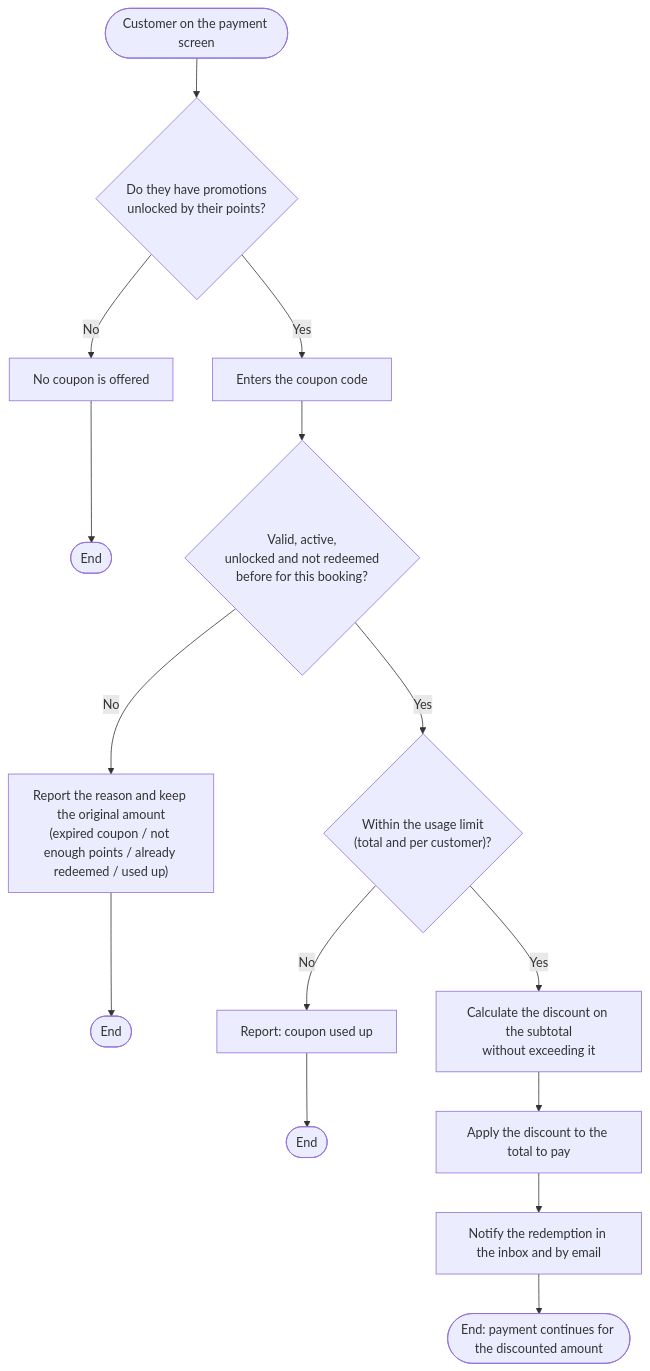
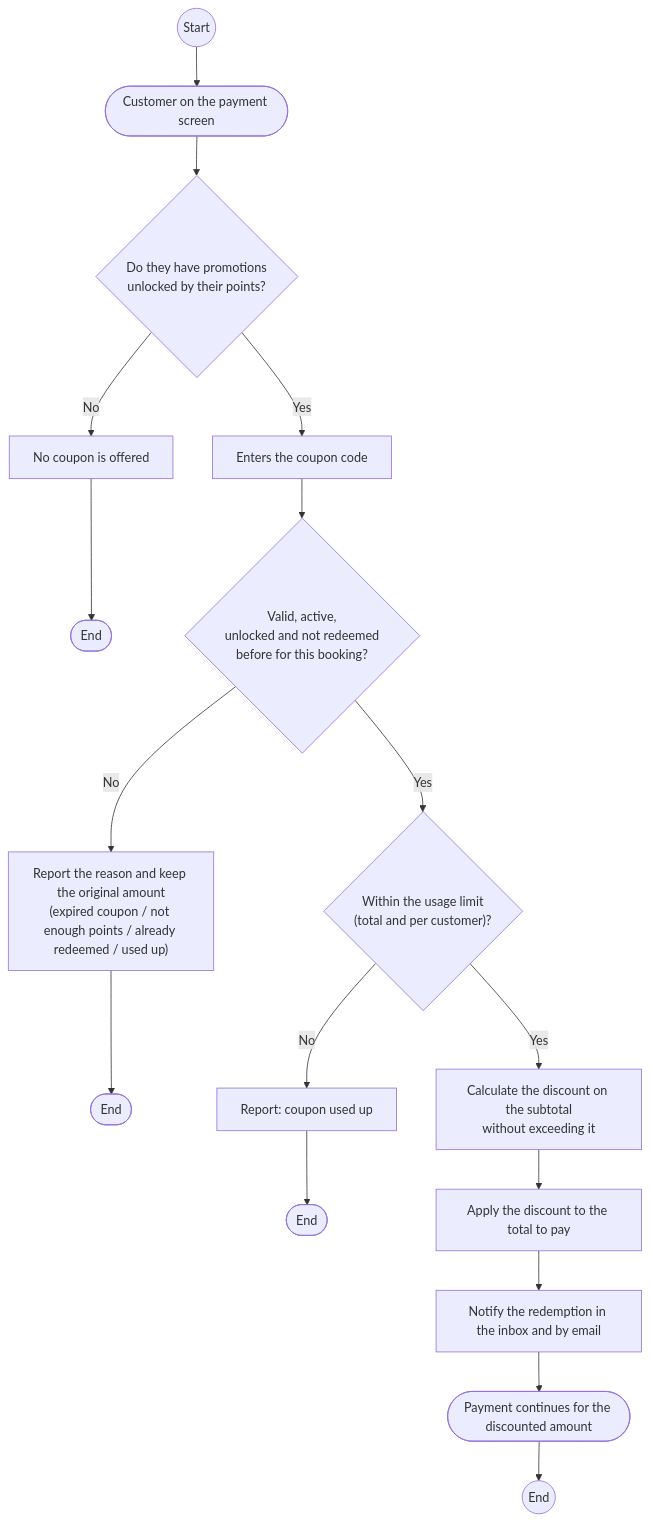
Before and after one commit to BrayanCABRERA123/lavarapido-docs: diagram 19 of 26 in 02_DOCUMENTACION_DE_ANALISIS_DEL_SOFTWARE/EN/MD/software-analysis-documentation.md, drawn with Mermaid. The commit also changed other lines of this file and 5 other files, not shown here.

Commit message:
docs(analysis): clean the activity, sequence and state diagrams after a second visual review

````diff
--- a/02_DOCUMENTACION_DE_ANALISIS_DEL_SOFTWARE/EN/MD/software-analysis-documentation.md
+++ b/02_DOCUMENTACION_DE_ANALISIS_DEL_SOFTWARE/EN/MD/software-analysis-documentation.md
@@ -780,17 +781,19 @@
 ```mermaid
 flowchart TD
+    start0((Start)) --> start
     start([Customer on the payment screen]) --> has{Do they have promotions<br/>unlocked by their points?}
     has -->|No| noshow[No coupon is offered]
     noshow --> stop1([End])
     has -->|Yes| enter[Enters the coupon code]
     enter --> valid{Valid, active,<br/>unlocked and not redeemed<br/>before for this booking?}
     valid -->|No| inform["Report the reason and keep the original amount<br/>(expired coupon / not enough points / already redeemed / used up)"]
     inform --> stop2([End])
     valid -->|Yes| limit{"Within the usage limit<br/>(total and per customer)?"}
     limit -->|No| exhausted[Report: coupon used up]
     exhausted --> stop3([End])
     limit -->|Yes| calc[Calculate the discount on the subtotal<br/>without exceeding it]
     calc --> apply[Apply the discount to the total to pay]
     apply --> notify[Notify the redemption in the inbox and by email]
-    notify --> stop4([End: payment continues for the discounted amount])
+    notify --> stop4([Payment continues for the discounted amount])
+    stop4 --> stop4x((End))
 ```
````
